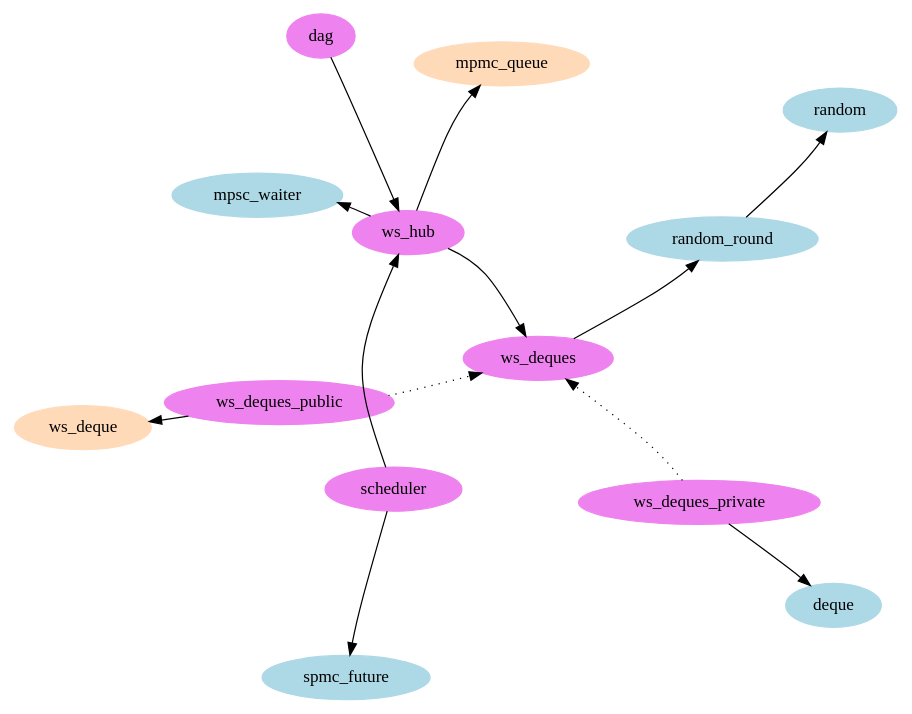
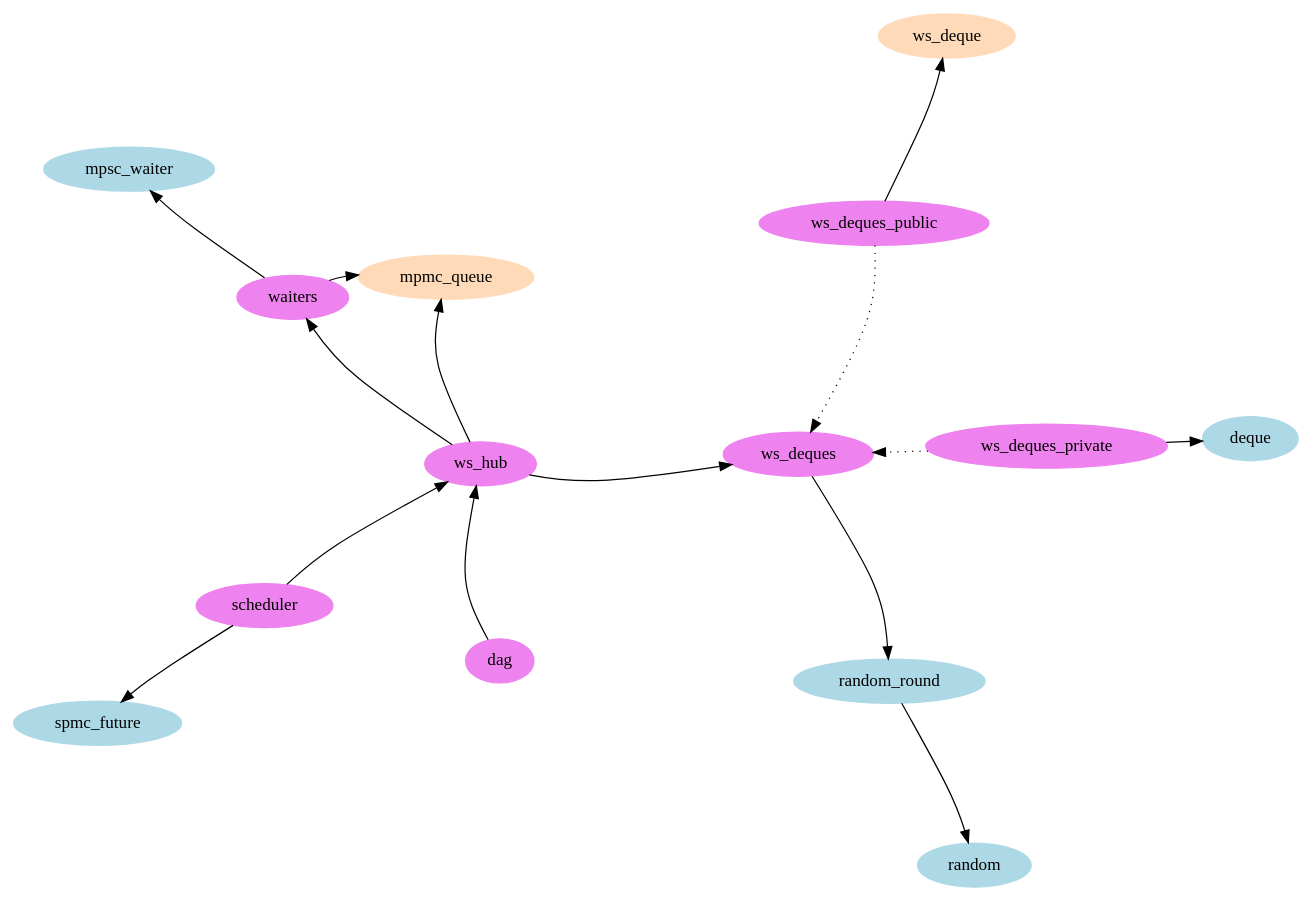
Before and after one commit to clef-men/zoo: the diagram in doc/scheduling.dot, drawn with Graphviz. The commit also changed 4 other files, not shown here.

```diff
--- a/doc/scheduling.dot
+++ b/doc/scheduling.dot
@@ -1,64 +1,68 @@
 digraph {
 	layout=sfdp
 	overlap=false
 	splines=curved
 
 	subgraph cluster_std {
 		label="std"
 		node [style=filled, color=lightblue]
 		/* array [label="array"] */
 		random [label="random"]
 		random_round [label="random_round"]
 		deque [label="deque"]
 		/* mutex [label="mutex"] */
 		/* condition [label="condition"] */
 		mpsc_waiter [label="mpsc_waiter"]
 		spmc_future [label="spmc_future"]
 	}
 
 	subgraph cluster_saturn {
 		label="saturn"
 		node [style=filled, color=peachpuff]
 		mpmc_queue [label="mpmc_queue"]
 		ws_deque [label="ws_deque"]
 	}
 
 	subgraph cluster_scheduling {
 		label="scheduling"
 		node [style=filled, color=violet]
 		ws_deques [label="ws_deques"]
 		ws_deques_public [label="ws_deques_public"]
 		ws_deques_private [label="ws_deques_private"]
+		waiters [label="waiters"]
 		ws_hub [label="ws_hub"]
 		scheduler [label="scheduler"]
 		dag [label="dag"]
 	}
 
 	random_round -> random
 	/* random_round -> array */
 
 	/* mpsc_waiter -> mutex */
 	/* mpsc_waiter -> condition */
 
 	/* spmc_future -> mutex */
 	/* spmc_future -> condition */
 
 	/* ws_deques_public -> array */
 	ws_deques_public -> ws_deque
 	ws_deques_public -> ws_deques [style=dotted]
 
 	/* ws_deques_private -> array */
 	ws_deques_private -> deque
 	ws_deques_private -> ws_deques [style=dotted]
 
 	ws_deques -> random_round
 
+	waiters -> mpsc_waiter
+	waiters -> mpmc_queue
+
 	ws_hub -> mpmc_queue
-	ws_hub -> mpsc_waiter
 	ws_hub -> ws_deques
+	ws_hub -> waiters
 
 	scheduler -> spmc_future
 	scheduler -> ws_hub
 
 	dag -> ws_hub
 }
```
